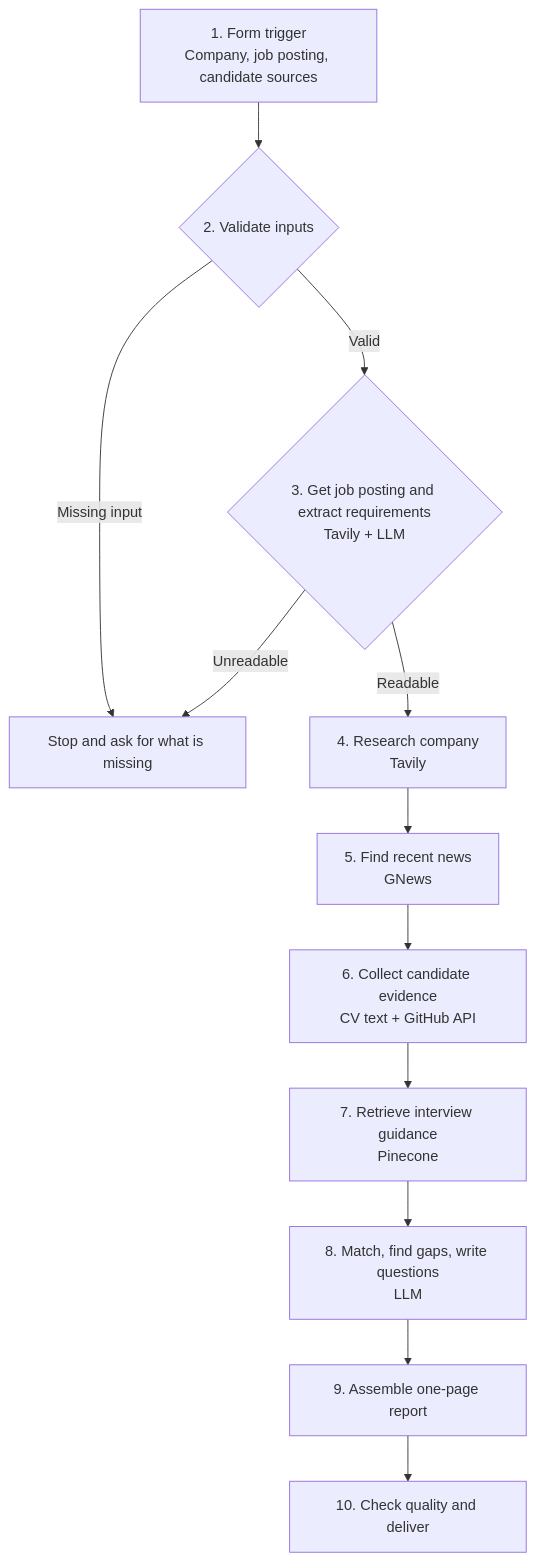
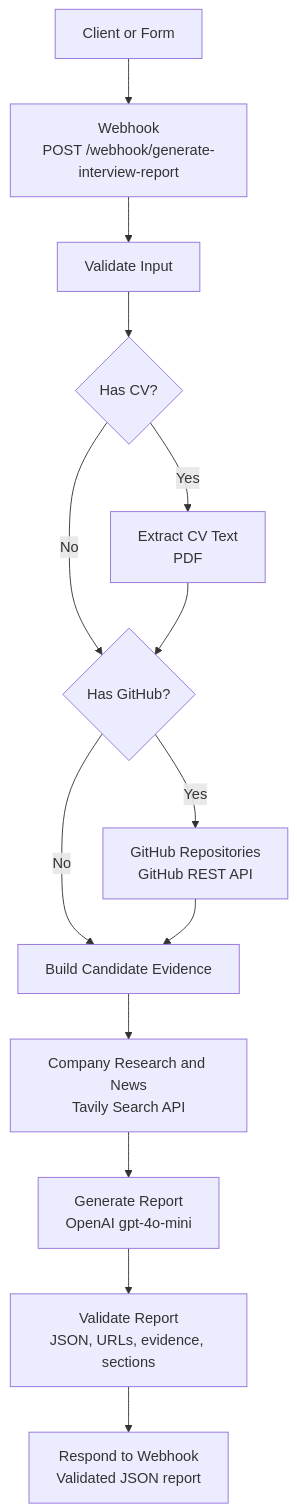
Before and after one commit to antunesjulia/project-3-interview-prep-report: the diagram in README.md, drawn with Mermaid. The commit also changed other lines of this file, not shown here.

Commit message:
updated README file with Architecture diagram

````diff
--- a/README.md
+++ b/README.md
@@ -39,14 +54,23 @@
 ```mermaid
 flowchart TD
-    A["1. Form trigger<br/>Company, job posting, candidate sources"] --> B{"2. Validate inputs"}
-    B -- Missing input --> X["Stop and ask for what is missing"]
-    B -- Valid --> C{"3. Get job posting and extract requirements<br/>Tavily + LLM"}
-    C -- Unreadable --> X
-    C -- Readable --> D["4. Research company<br/>Tavily"]
-    D --> E["5. Find recent news<br/>GNews"]
-    E --> F["6. Collect candidate evidence<br/>CV text + GitHub API"]
-    F --> G["7. Retrieve interview guidance<br/>Pinecone"]
-    G --> H["8. Match, find gaps, write questions<br/>LLM"]
-    H --> I["9. Assemble one-page report"]
-    I --> J["10. Check quality and deliver"]
+    A[Client or Form] --> B[Webhook<br/>POST /webhook/generate-interview-report]
+
+    B --> C[Validate Input]
+
+    C --> D{Has CV?}
+    D -->|Yes| E[Extract CV Text<br/>PDF]
+    D -->|No| F{Has GitHub?}
+    E --> F
+
+    F -->|Yes| G[GitHub Repositories<br/>GitHub REST API]
+    F -->|No| H[Build Candidate Evidence]
+    G --> H
+
+    H --> I[Company Research and News<br/>Tavily Search API]
+
+    I --> J[Generate Report<br/>OpenAI gpt-4o-mini]
+
+    J --> K[Validate Report<br/>JSON, URLs, evidence, sections]
+
+    K --> L[Respond to Webhook<br/>Validated JSON report]
 ```
````
